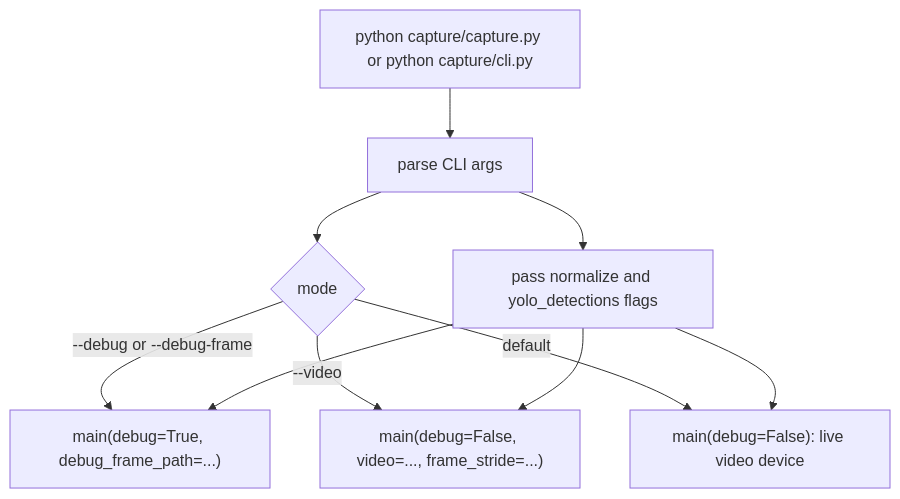
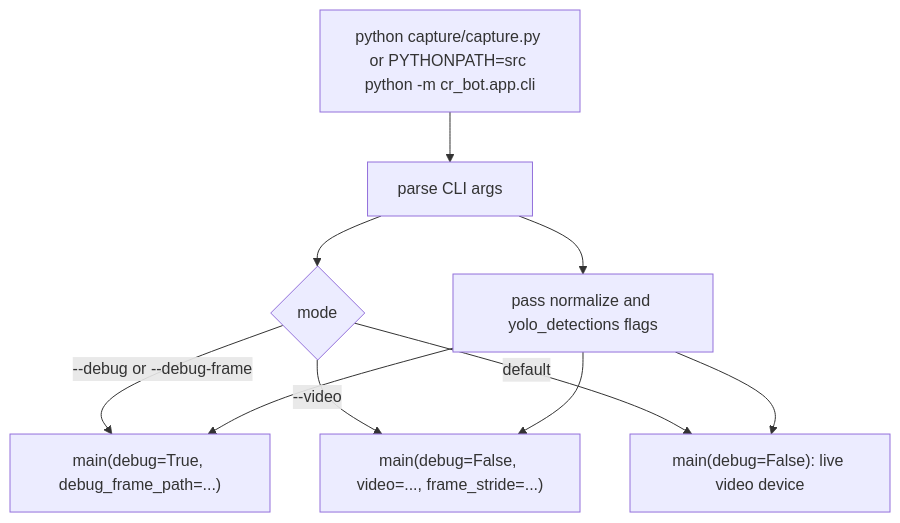
One commit to Keschler/cr-bot changed the first of 17 diagrams in docs/flowcharts.md. Above: the diagram before and after it, drawn with Mermaid. The commit also changed other lines of this file and 1665 other files, not shown here.

````diff
--- a/docs/flowcharts.md
+++ b/docs/flowcharts.md
@@ -38,12 +38,12 @@
 ```mermaid
 flowchart TD
-    A["python capture/capture.py or python capture/cli.py"] --> B["parse CLI args"]
+    A["python capture/capture.py or PYTHONPATH=src python -m cr_bot.app.cli"] --> B["parse CLI args"]
     B --> C{"mode"}
     C -->|"--debug or --debug-frame"| D["main(debug=True, debug_frame_path=...)"]
     C -->|"--video"| E["main(debug=False, video=..., frame_stride=...)"]
     C -->|"default"| F["main(debug=False): live video device"]
     B --> G["pass normalize and yolo_detections flags"]
     G --> D
     G --> E
     G --> F
 ```
````
